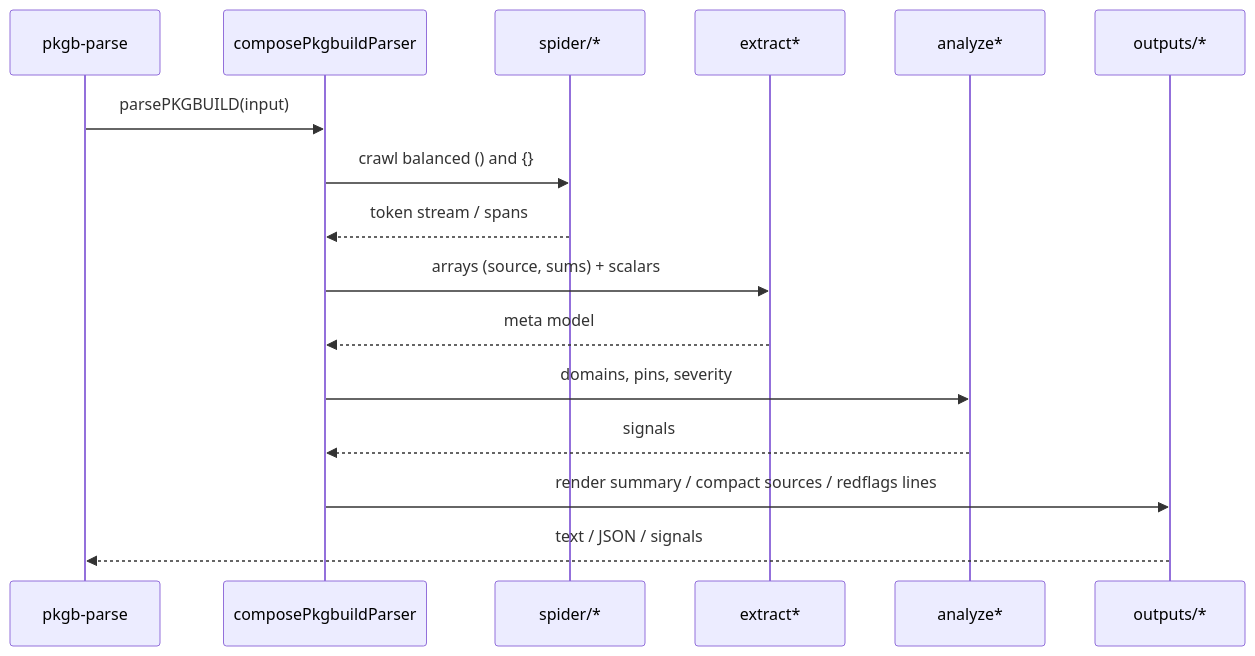
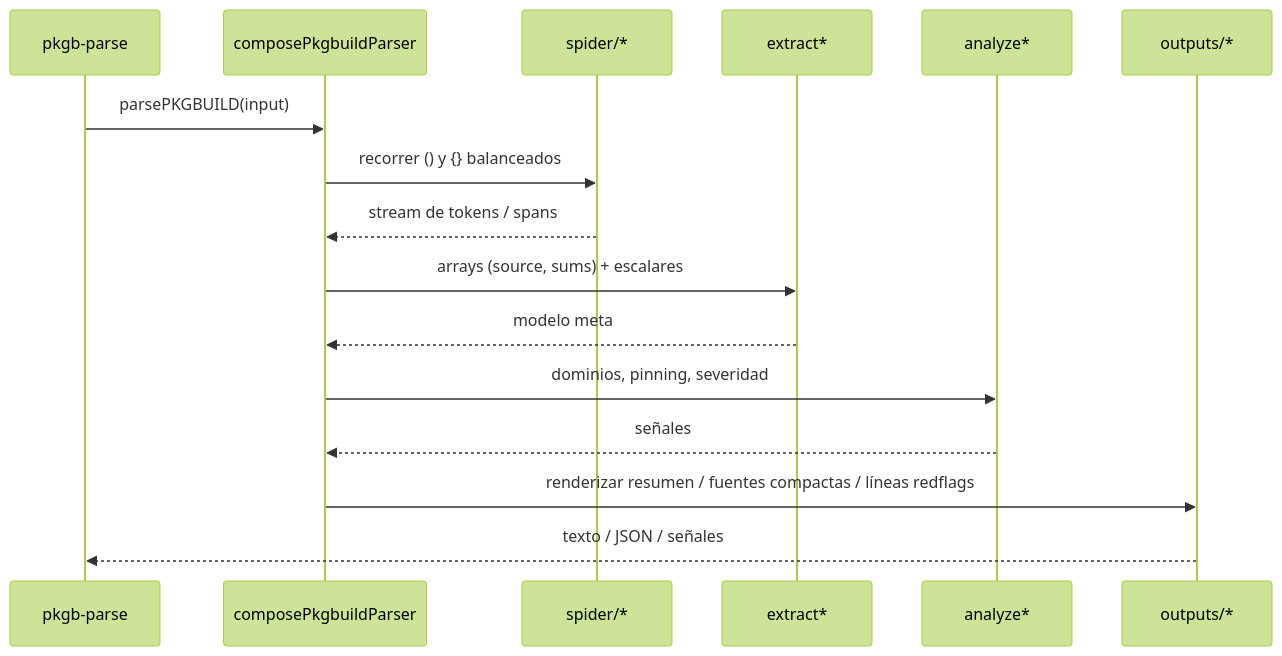
One commit to LuigiD5555/aur_scanner changed the tenth of 10 diagrams in docs/developer/README.dev.es.md. Above: the diagram before and after it, drawn with Mermaid. The commit also changed other lines of this file and 2 other files, not shown here.

````diff
--- a/docs/developer/README.dev.es.md
+++ b/docs/developer/README.dev.es.md
@@ -975,19 +463,20 @@
 ```mermaid
+%%{init: {"theme": "forest", "handDrawn": true}}%%
 sequenceDiagram
     participant CLI as pkgb-parse
     participant Parser as composePkgbuildParser
     participant Spider as spider/*
     participant Extract as extract*
     participant Analyze as analyze*
     participant Outputs as outputs/*
 
     CLI->>Parser: parsePKGBUILD(input)
-    Parser->>Spider: crawl balanced () and {}
-    Spider-->>Parser: token stream / spans
-    Parser->>Extract: arrays (source, sums) + scalars
-    Extract-->>Parser: meta model
-    Parser->>Analyze: domains, pins, severity
-    Analyze-->>Parser: signals
-    Parser->>Outputs: render summary / compact sources / redflags lines
-    Outputs-->>CLI: text / JSON / signals
+    Parser->>Spider: recorrer () y {} balanceados
+    Spider-->>Parser: stream de tokens / spans
+    Parser->>Extract: arrays (source, sums) + escalares
+    Extract-->>Parser: modelo meta
+    Parser->>Analyze: dominios, pinning, severidad
+    Analyze-->>Parser: señales
+    Parser->>Outputs: renderizar resumen / fuentes compactas / líneas redflags
+    Outputs-->>CLI: texto / JSON / señales
 ```
````
